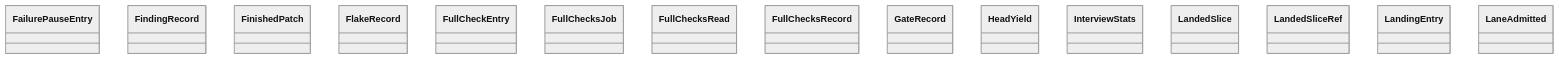
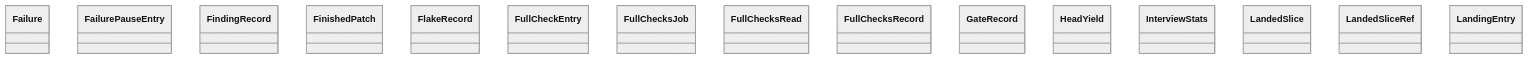
The diagram in docs/architecture/generated/classes-process-domain-state-5.md (GonzaloZevallos/agentic-system), drawn with Mermaid (neutral theme) before and after one commit. The commit also changed 9 other files, not shown here.

````diff
--- a/docs/architecture/generated/classes-process-domain-state-5.md
+++ b/docs/architecture/generated/classes-process-domain-state-5.md
@@ -28,18 +28,18 @@
 ```mermaid
 classDiagram
+    class task__Failure["Failure"]
     class task__FailurePauseEntry["FailurePauseEntry"]
     class task__FindingRecord["FindingRecord"]
     class task__FinishedPatch["FinishedPatch"]
     class task__FlakeRecord["FlakeRecord"]
     class task__FullCheckEntry["FullCheckEntry"]
     class task__FullChecksJob["FullChecksJob"]
     class task__FullChecksRead["FullChecksRead"]
     class task__FullChecksRecord["FullChecksRecord"]
     class task__GateRecord["GateRecord"]
     class task__HeadYield["HeadYield"]
     class task__InterviewStats["InterviewStats"]
     class task__LandedSlice["LandedSlice"]
     class task__LandedSliceRef["LandedSliceRef"]
     class task__LandingEntry["LandingEntry"]
-    class task__LaneAdmitted["LaneAdmitted"]
 ```
````
